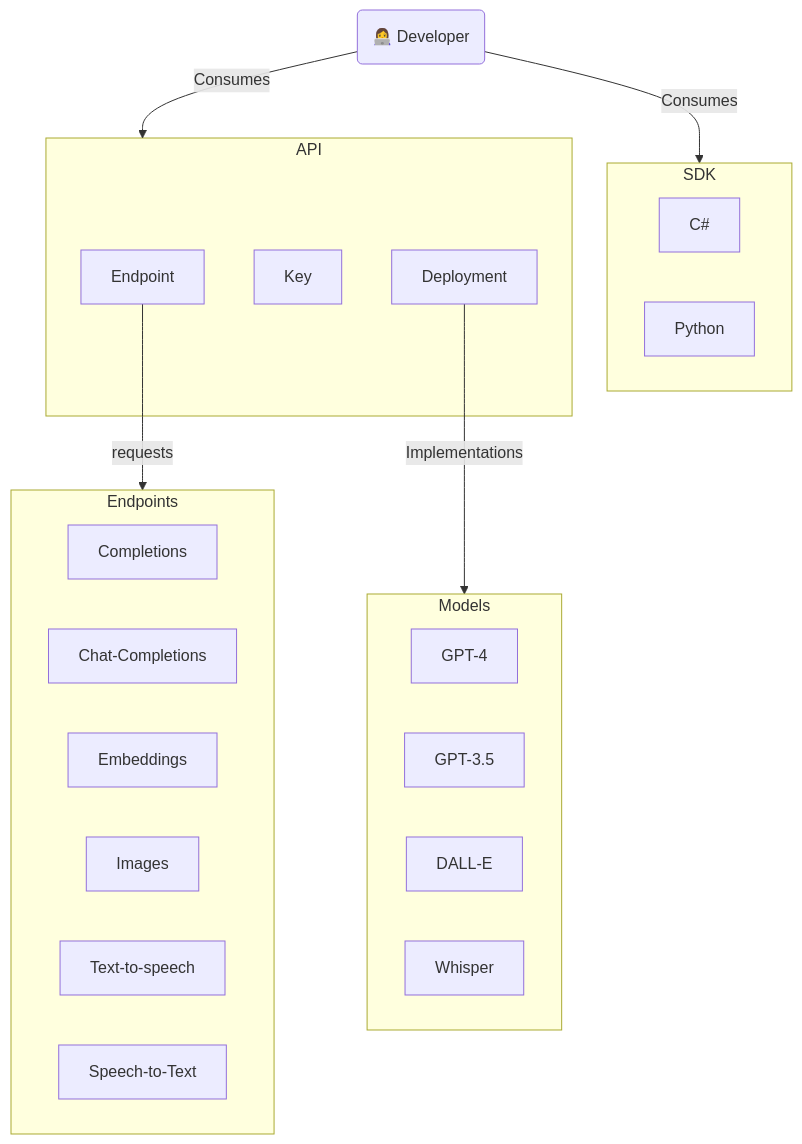
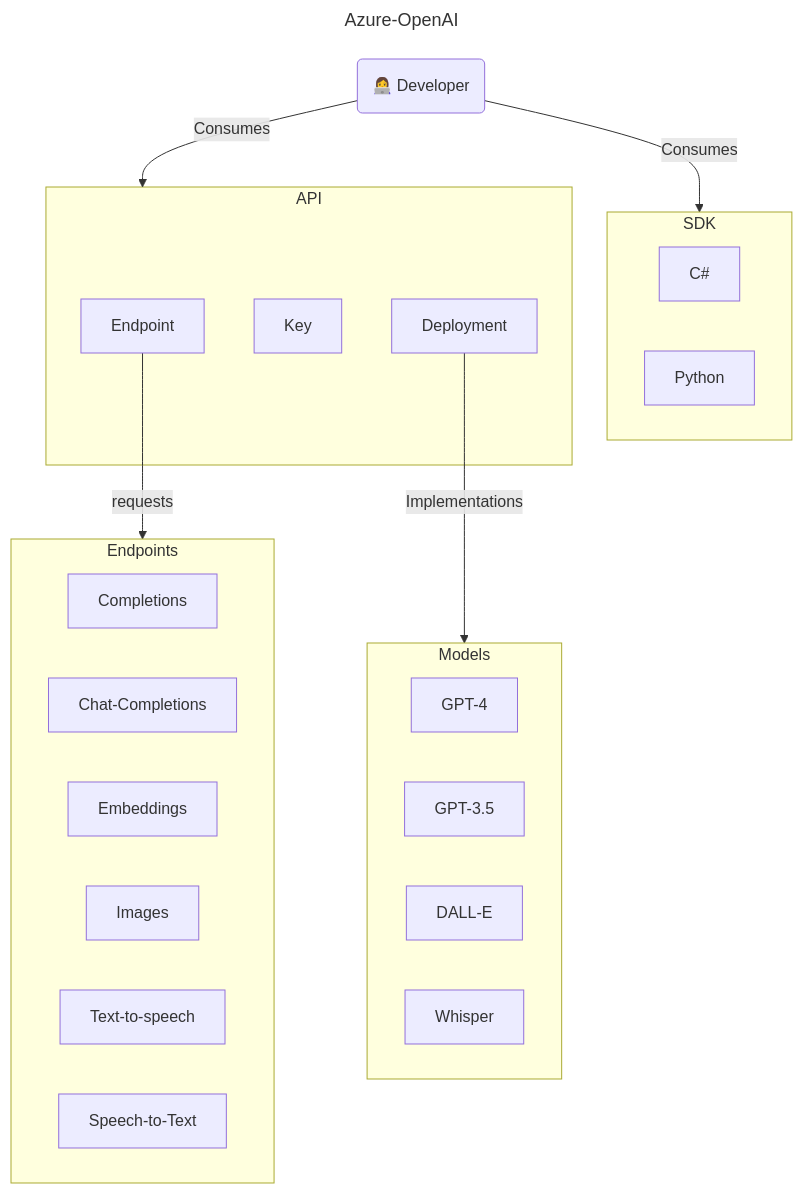
Before and after one commit to jarvars/MyRabbitHole: the diagram in Posts/AI/Azure_OpenAI_Services.md, drawn with Mermaid.

````diff
--- a/Posts/AI/Azure_OpenAI_Services.md
+++ b/Posts/AI/Azure_OpenAI_Services.md
@@ -6,36 +3,39 @@
 ```mermaid
+---
+title: Azure-OpenAI
+---
 flowchart
         
     subgraph SDK
         C#
         Python
     end
 
     subgraph API
         Endpoint
         Key
         Deployment
     end
 
     subgraph Endpoints
         Completions
         Chat-Completions
         Embeddings
         Images
         Text-to-speech
         Speech-to-Text
     end       
 
     subgraph Models
         GPT-4
         GPT-3.5
         Embeddings
         DALL-E
         Whisper
         Text-to-speech
     end
 
         dev("👩‍💻 Developer") -- "Consumes" --> API & SDK
         Deployment -- "Implementations" --> Models
         Endpoint -- "requests" --> Endpoints
 ```
````
